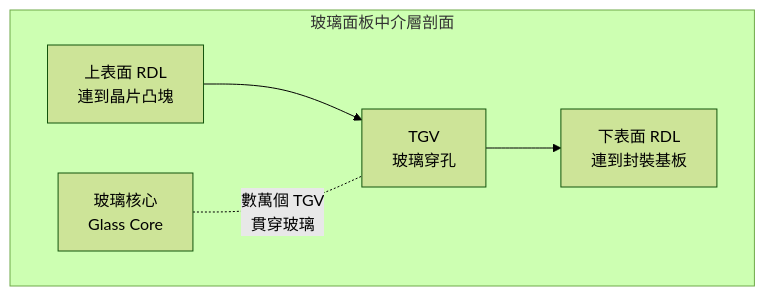
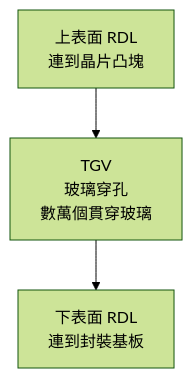
Before and after one commit to wizardhsiehcom/book: the diagram in docs/copos/07-glass-substrate.md, drawn with Mermaid (forest theme). The commit also changed other lines of this file and 33 other files, not shown here.

````diff
--- a/docs/copos/07-glass-substrate.md
+++ b/docs/copos/07-glass-substrate.md
@@ -44,12 +51,7 @@
 ```mermaid
 flowchart TB
-    subgraph "玻璃面板中介層剖面"
-        TOP["上表面 RDL<br/>連到晶片凸塊"]
-        G["玻璃核心<br/>Glass Core"]
-        TGV1["TGV<br/>玻璃穿孔"]
-        BOT["下表面 RDL<br/>連到封裝基板"]
-        TOP --> TGV1
-        TGV1 --> BOT
-        G -. "數萬個 TGV<br/>貫穿玻璃" .- TGV1
-    end
+    TOP["上表面 RDL<br/>連到晶片凸塊"]
+    TGV1["TGV<br/>玻璃穿孔<br/>數萬個貫穿玻璃"]
+    BOT["下表面 RDL<br/>連到封裝基板"]
+    TOP --> TGV1 --> BOT
 ```
````
